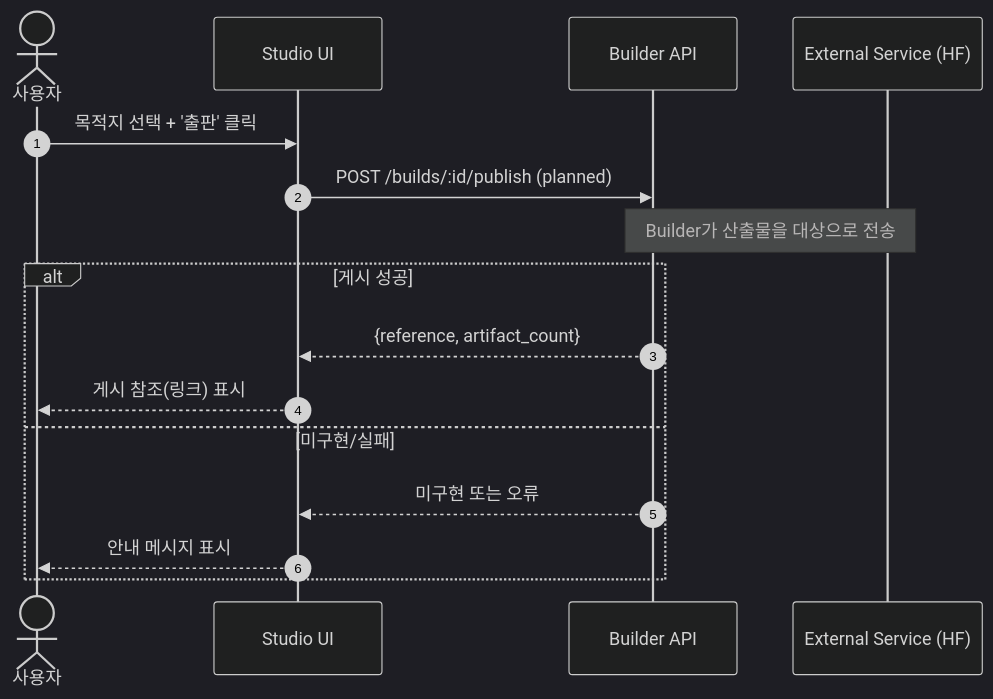
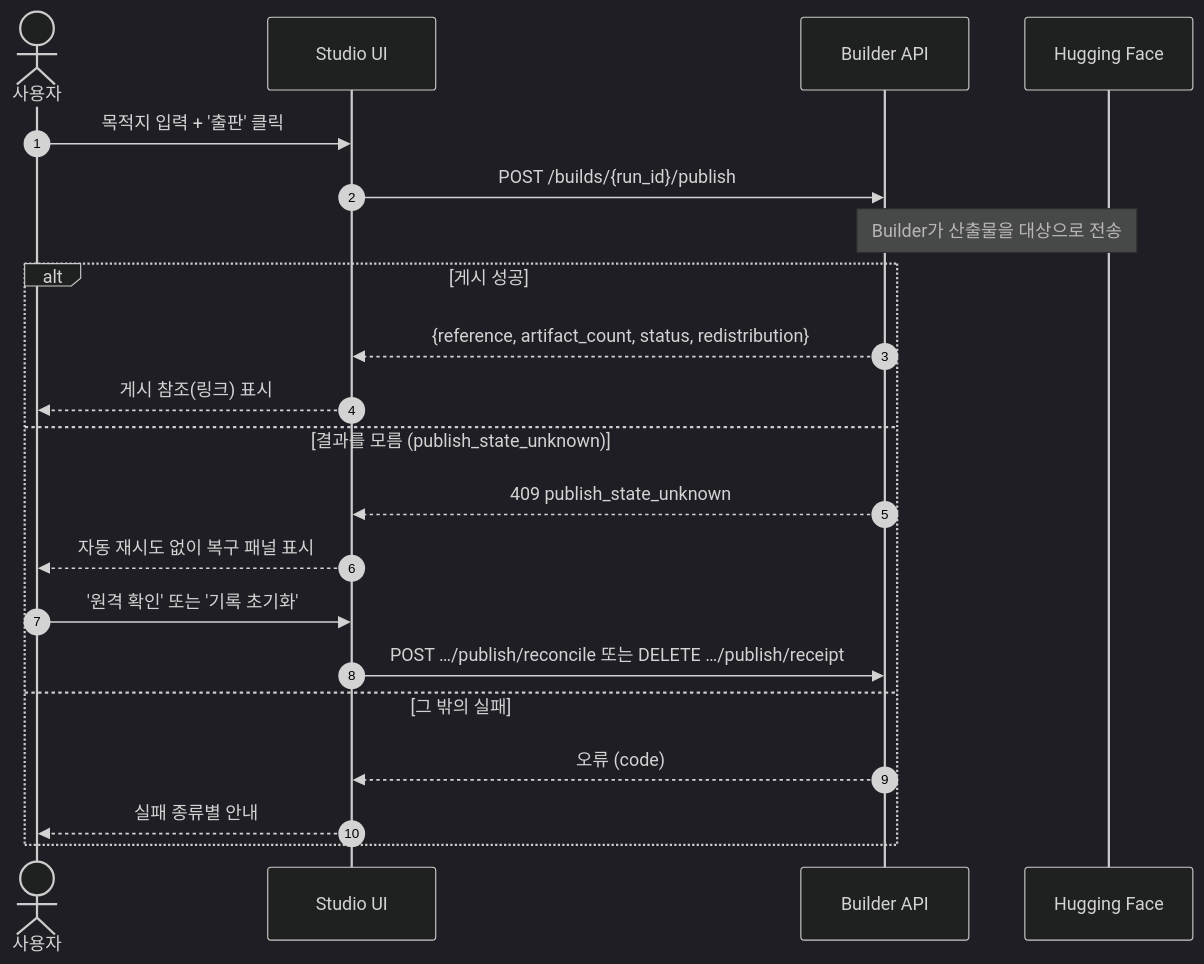
Before and after one commit to kpubdata-lab/kpubdata-studio: the sixth of 7 diagrams in USER_FLOWS.md, drawn with Mermaid (dark theme). The commit also changed other lines of this file and 9 other files, not shown here.

````diff
--- a/USER_FLOWS.md
+++ b/USER_FLOWS.md
@@ -174,18 +174,23 @@
 ```mermaid
 sequenceDiagram
     autonumber
     actor User as 사용자
     participant Studio as Studio UI
     participant BAPI as Builder API
-    participant Ext as External Service (HF)
-    User->>Studio: 목적지 선택 + '출판' 클릭
-    Studio->>BAPI: POST /builds/:id/publish (planned)
+    participant Ext as Hugging Face
+    User->>Studio: 목적지 입력 + '출판' 클릭
+    Studio->>BAPI: POST /builds/{run_id}/publish
     Note over BAPI,Ext: Builder가 산출물을 대상으로 전송
     alt 게시 성공
-        BAPI-->>Studio: {reference, artifact_count}
+        BAPI-->>Studio: {reference, artifact_count, status, redistribution}
         Studio-->>User: 게시 참조(링크) 표시
-    else 미구현/실패
-        BAPI-->>Studio: 미구현 또는 오류
-        Studio-->>User: 안내 메시지 표시
+    else 결과를 모름 (publish_state_unknown)
+        BAPI-->>Studio: 409 publish_state_unknown
+        Studio-->>User: 자동 재시도 없이 복구 패널 표시
+        User->>Studio: '원격 확인' 또는 '기록 초기화'
+        Studio->>BAPI: POST …/publish/reconcile 또는 DELETE …/publish/receipt
+    else 그 밖의 실패
+        BAPI-->>Studio: 오류 (code)
+        Studio-->>User: 실패 종류별 안내
     end
 ```
````
